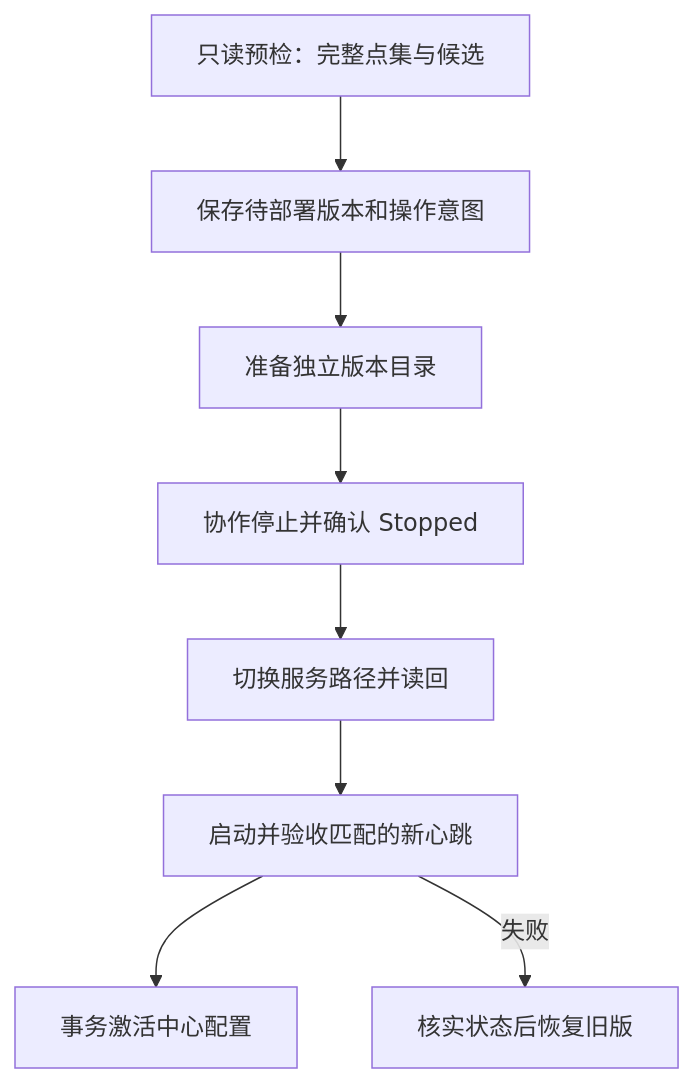
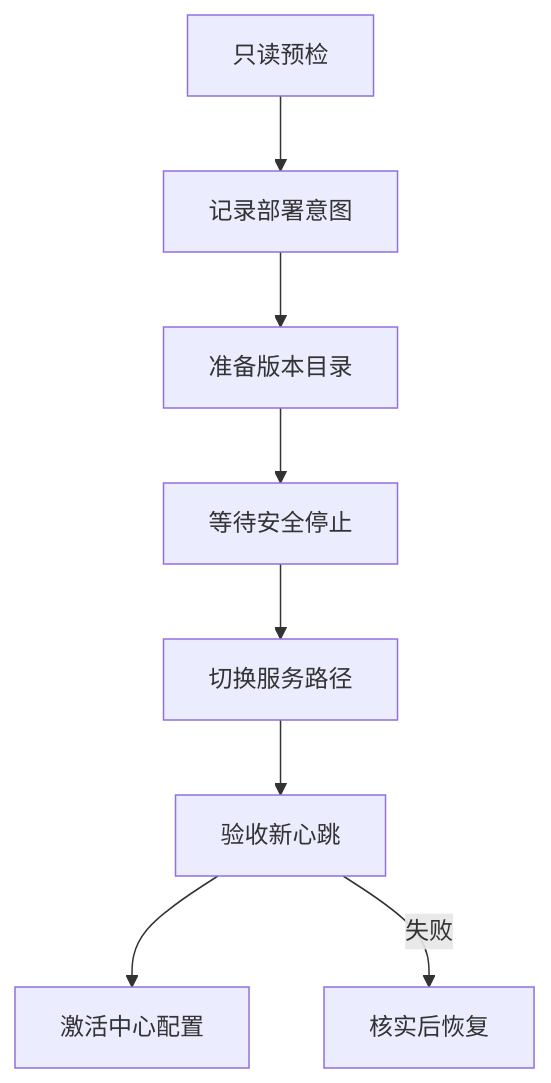
Before and after one commit to JNchen7/scada-harness-engineering: the diagram in docs/design-docs/15-Web网关配置版本与自动回退设计.md, drawn with Mermaid. The commit also changed other lines of this file and 5 other files, not shown here.

Commit message:
docs: keep diagram labels compact and readable

````diff
--- a/docs/design-docs/15-Web网关配置版本与自动回退设计.md
+++ b/docs/design-docs/15-Web网关配置版本与自动回退设计.md
@@ -13,10 +13,10 @@
 ```mermaid
 flowchart TB
-    P["只读预检：完整点集与候选"] --> J["保存待部署版本和操作意图"]
-    J --> U["准备独立版本目录"]
-    U --> S["协作停止并确认 Stopped"]
-    S --> X["切换服务路径并读回"]
-    X --> H["启动并验收匹配的新心跳"]
-    H --> A["事务激活中心配置"]
-    H -->|"失败"| R["核实状态后恢复旧版"]
+    P["只读预检"] --> J["记录部署意图"]
+    J --> U["准备版本目录"]
+    U --> S["等待安全停止"]
+    S --> X["切换服务路径"]
+    X --> H["验收新心跳"]
+    H --> A["激活中心配置"]
+    H -->|"失败"| R["核实后恢复"]
 ```
````
